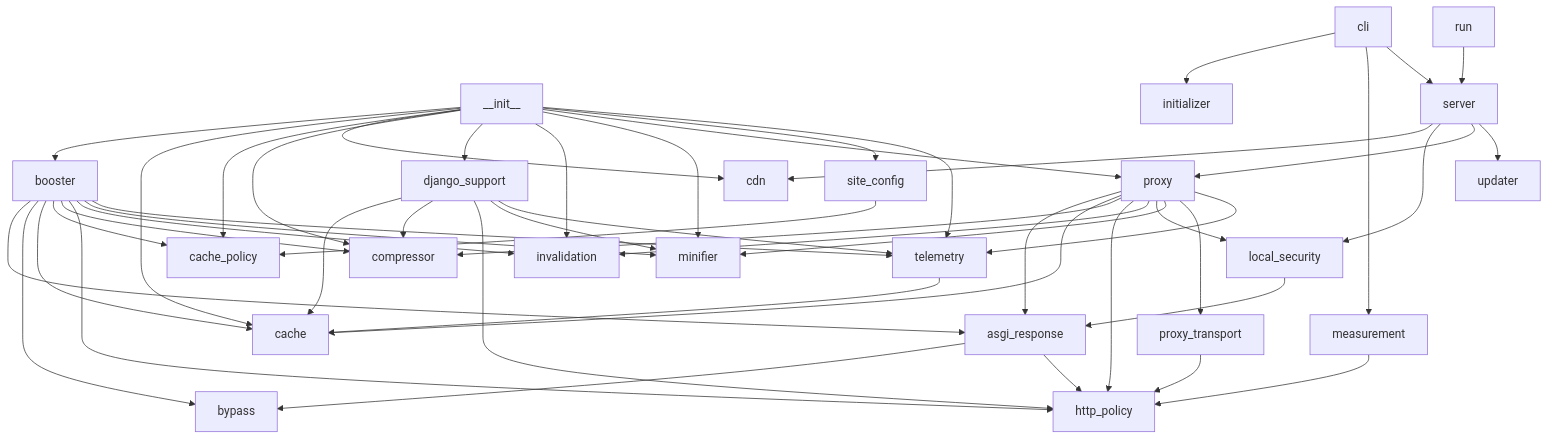
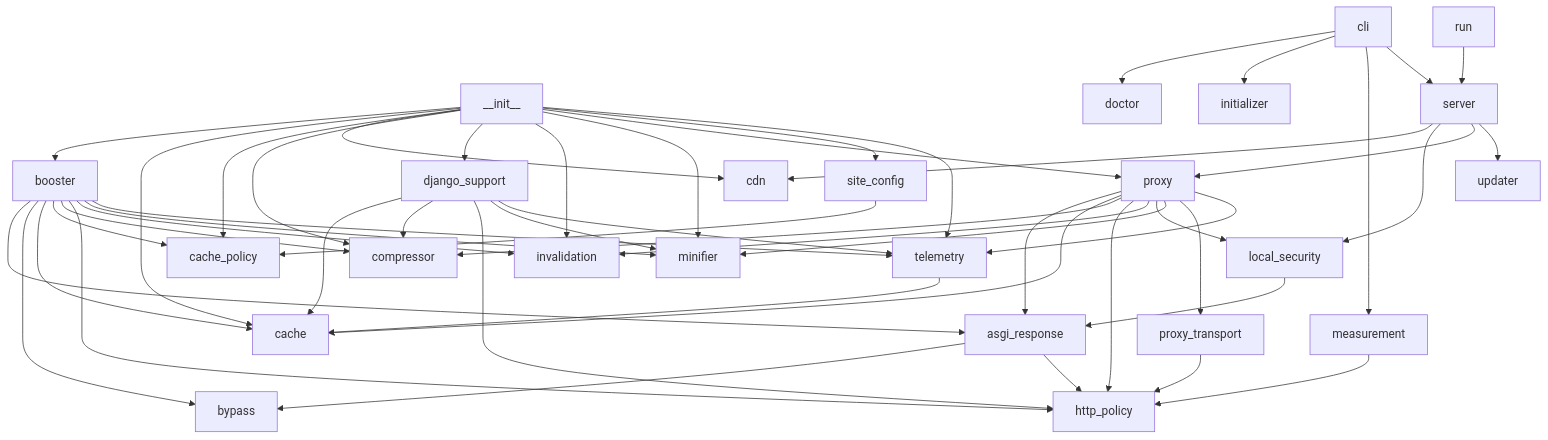
The diagram in CODEMAP.md (Gaazi/booster), drawn with Mermaid before and after one commit. The commit also changed other lines of this file and 6 other files, not shown here.

````diff
--- a/CODEMAP.md
+++ b/CODEMAP.md
@@ -433,52 +443,53 @@
 ```mermaid
 graph TD
   __init__ --> booster
   __init__ --> cache
   __init__ --> cache_policy
   __init__ --> cdn
   __init__ --> compressor
   __init__ --> django_support
   __init__ --> invalidation
   __init__ --> minifier
   __init__ --> proxy
   __init__ --> site_config
   __init__ --> telemetry
   asgi_response --> bypass
   asgi_response --> http_policy
   booster --> asgi_response
   booster --> bypass
   booster --> cache
   booster --> cache_policy
   booster --> compressor
   booster --> http_policy
   booster --> invalidation
   booster --> minifier
   booster --> telemetry
+  cli --> doctor
   cli --> initializer
   cli --> measurement
   cli --> server
   django_support --> cache
   django_support --> compressor
   django_support --> http_policy
   django_support --> minifier
   django_support --> telemetry
   local_security --> asgi_response
   measurement --> http_policy
   proxy --> asgi_response
   proxy --> cache
   proxy --> compressor
   proxy --> http_policy
   proxy --> invalidation
   proxy --> local_security
   proxy --> minifier
   proxy --> proxy_transport
   proxy --> telemetry
   proxy_transport --> http_policy
   run --> server
   server --> cdn
   server --> local_security
   server --> proxy
   server --> updater
   site_config --> cache_policy
   telemetry --> cache
 ```
````
